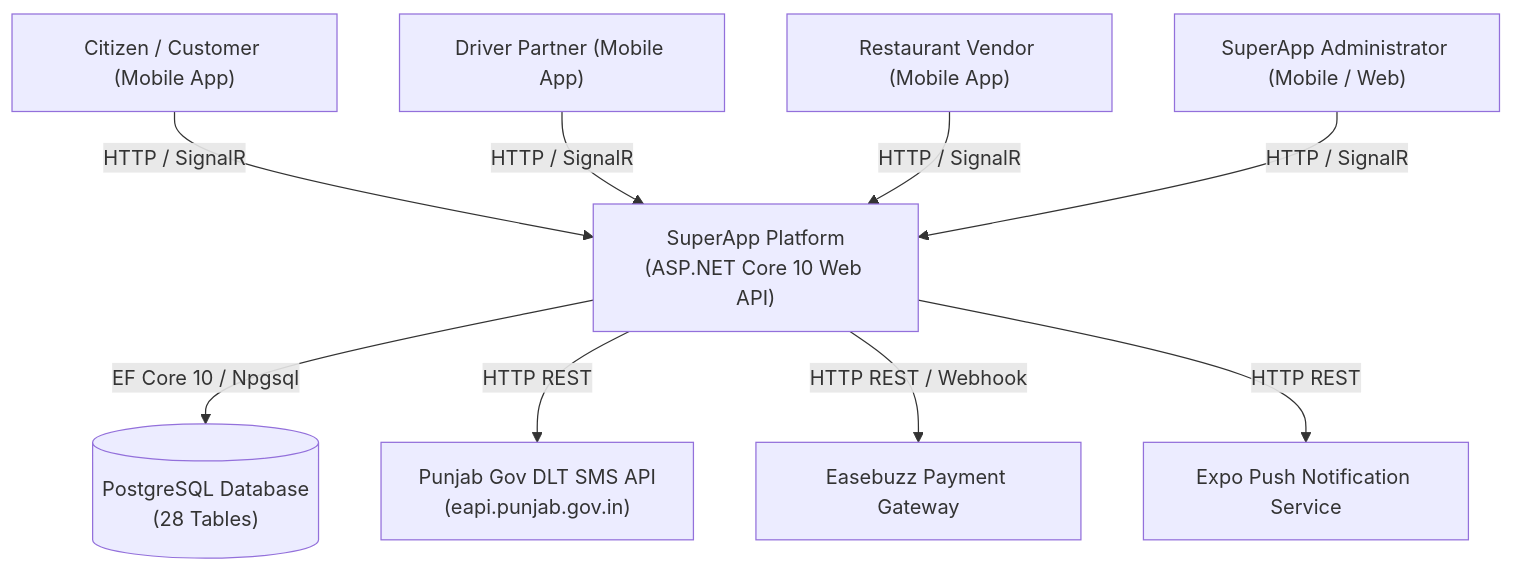
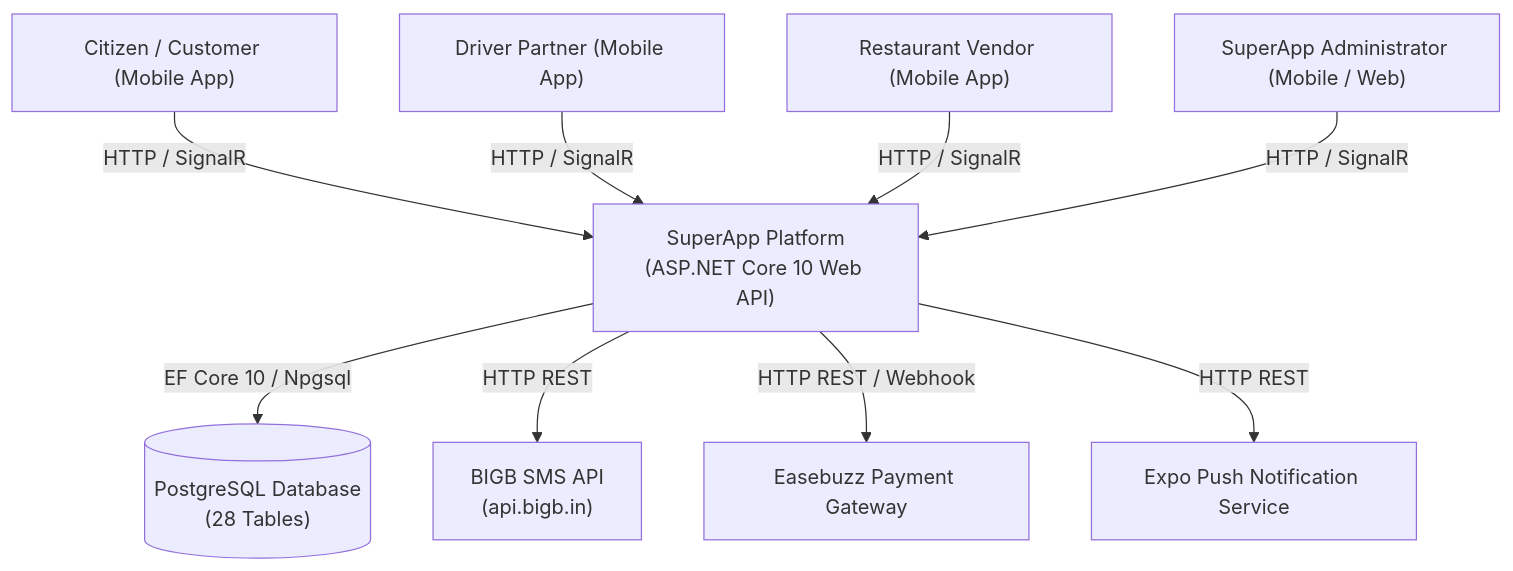
Before and after one commit to Ajain0311/SuperApp_V2: the first of 6 diagrams in docs/ARCHITECTURE.md, drawn with Mermaid. The commit also changed other lines of this file and 26 other files, not shown here.

Commit message:
chore(provider): rename PunjabGov provider to BIGB across entire project

````diff
--- a/docs/ARCHITECTURE.md
+++ b/docs/ARCHITECTURE.md
@@ -33,23 +33,23 @@
 ```mermaid
 flowchart TD
     Customer["Citizen / Customer (Mobile App)"]
     Driver["Driver Partner (Mobile App)"]
     Vendor["Restaurant Vendor (Mobile App)"]
     Admin["SuperApp Administrator (Mobile / Web)"]
 
     SuperApp["SuperApp Platform\n(ASP.NET Core 10 Web API)"]
     Database[("PostgreSQL Database\n(28 Tables)")]
-    DLT["Punjab Gov DLT SMS API\n(eapi.punjab.gov.in)"]
+    DLT["BIGB SMS API\n(api.bigb.in)"]
     Easebuzz["Easebuzz Payment Gateway"]
     ExpoPush["Expo Push Notification Service"]
 
     Customer -->|HTTP / SignalR| SuperApp
     Driver -->|HTTP / SignalR| SuperApp
     Vendor -->|HTTP / SignalR| SuperApp
     Admin -->|HTTP / SignalR| SuperApp
 
     SuperApp -->|EF Core 10 / Npgsql| Database
     SuperApp -->|HTTP REST| DLT
     SuperApp -->|HTTP REST / Webhook| Easebuzz
     SuperApp -->|HTTP REST| ExpoPush
 ```
````
